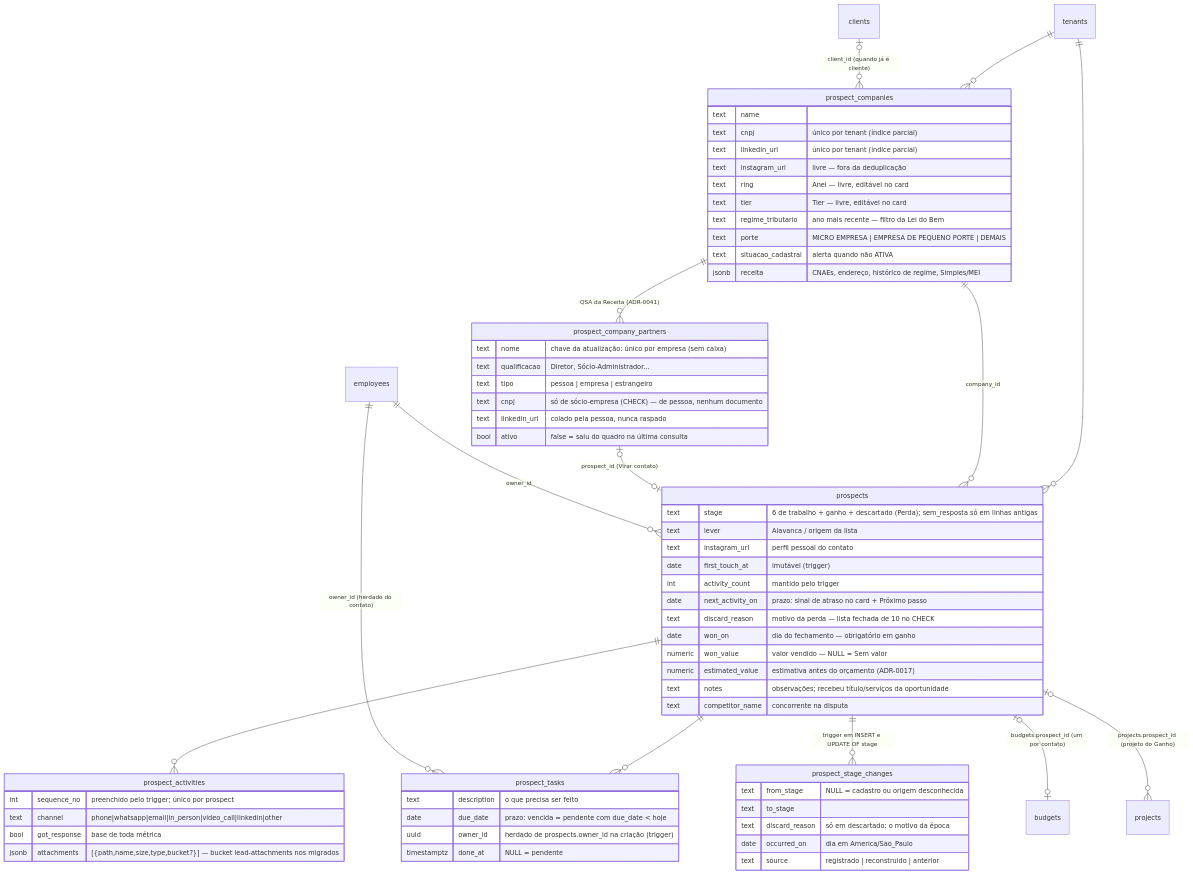
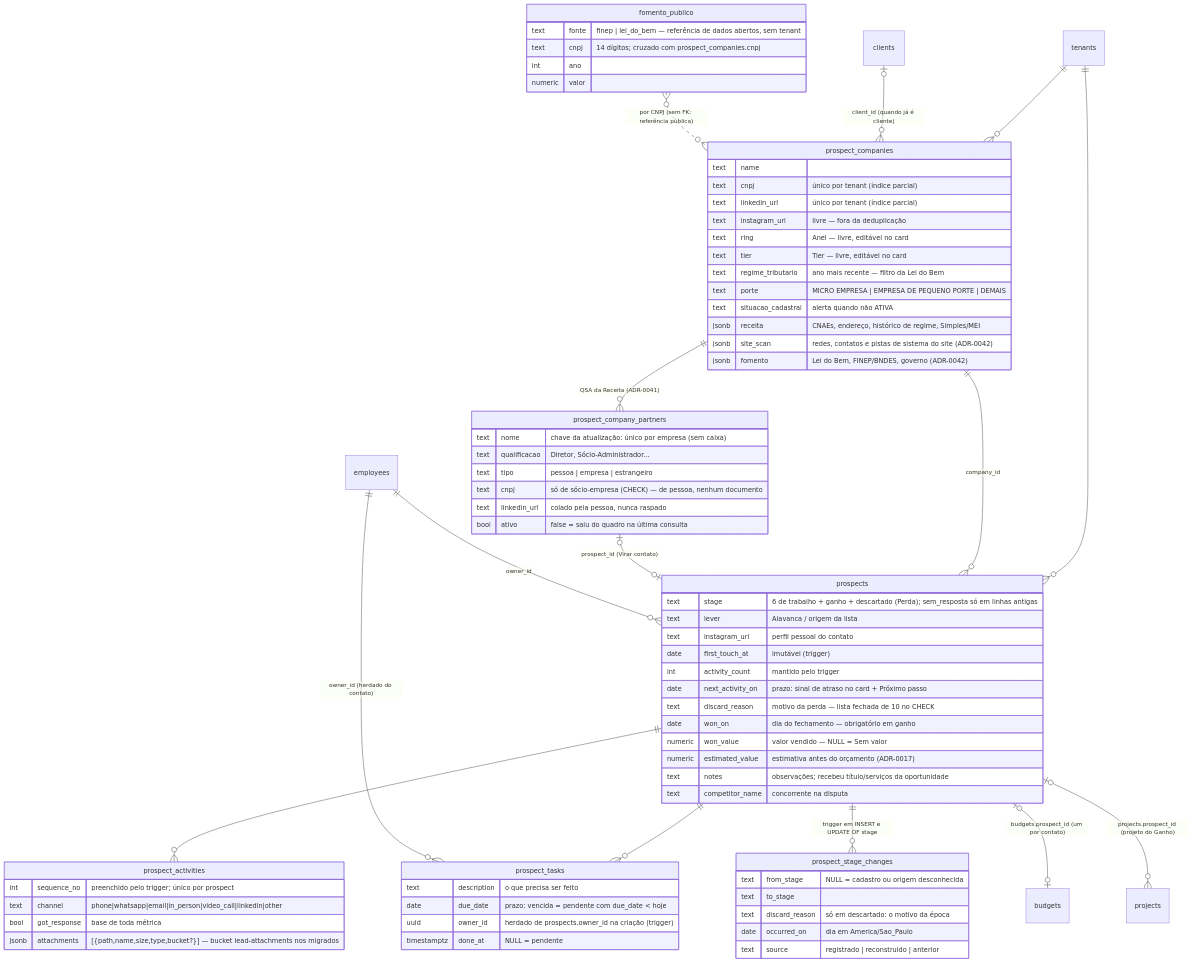
The first of 5 diagrams in .harness/docs/architecture/erd.md (Origami-Lab-Organization/og-pulse), drawn with Mermaid before and after one commit. The commit also changed other lines of this file and 4 other files, not shown here.

````diff
--- a/.harness/docs/architecture/erd.md
+++ b/.harness/docs/architecture/erd.md
@@ -97,70 +101,79 @@
 ```mermaid
 erDiagram
     tenants ||--o{ prospect_companies : ""
     tenants ||--o{ prospects : ""
     clients |o--o{ prospect_companies : "client_id (quando já é cliente)"
     prospect_companies ||--o{ prospects : "company_id"
     prospect_companies ||--o{ prospect_company_partners : "QSA da Receita (ADR-0041)"
     prospect_company_partners |o--o| prospects : "prospect_id (Virar contato)"
+    fomento_publico }o..o{ prospect_companies : "por CNPJ (sem FK: referência pública)"
     prospects ||--o{ prospect_activities : ""
     prospects ||--o{ prospect_tasks : ""
     prospects ||--o{ prospect_stage_changes : "trigger em INSERT e UPDATE OF stage"
     employees ||--o{ prospect_tasks : "owner_id (herdado do contato)"
     employees ||--o{ prospects : "owner_id"
     prospects |o--o| budgets : "budgets.prospect_id (um por contato)"
     prospects |o--o{ projects : "projects.prospect_id (projeto do Ganho)"
 
     prospect_companies {
         text name ""
         text cnpj "único por tenant (índice parcial)"
         text linkedin_url "único por tenant (índice parcial)"
         text instagram_url "livre — fora da deduplicação"
         text ring "Anel — livre, editável no card"
         text tier "Tier — livre, editável no card"
         text regime_tributario "ano mais recente — filtro da Lei do Bem"
         text porte "MICRO EMPRESA | EMPRESA DE PEQUENO PORTE | DEMAIS"
         text situacao_cadastral "alerta quando não ATIVA"
         jsonb receita "CNAEs, endereço, histórico de regime, Simples/MEI"
+        jsonb site_scan "redes, contatos e pistas de sistema do site (ADR-0042)"
+        jsonb fomento "Lei do Bem, FINEP/BNDES, governo (ADR-0042)"
+    }
+    fomento_publico {
+        text fonte "finep | lei_do_bem — referência de dados abertos, sem tenant"
+        text cnpj "14 dígitos; cruzado com prospect_companies.cnpj"
+        int ano ""
+        numeric valor ""
     }
     prospect_company_partners {
         text nome "chave da atualização: único por empresa (sem caixa)"
         text qualificacao "Diretor, Sócio-Administrador..."
         text tipo "pessoa | empresa | estrangeiro"
         text cnpj "só de sócio-empresa (CHECK) — de pessoa, nenhum documento"
         text linkedin_url "colado pela pessoa, nunca raspado"
         bool ativo "false = saiu do quadro na última consulta"
     }
     prospects {
         text stage "6 de trabalho + ganho + descartado (Perda); sem_resposta só em linhas antigas"
         text lever "Alavanca / origem da lista"
         text instagram_url "perfil pessoal do contato"
         date first_touch_at "imutável (trigger)"
         int activity_count "mantido pelo trigger"
         date next_activity_on "prazo: sinal de atraso no card + Próximo passo"
         text discard_reason "motivo da perda — lista fechada de 10 no CHECK"
         date won_on "dia do fechamento — obrigatório em ganho"
         numeric won_value "valor vendido — NULL = Sem valor"
         numeric estimated_value "estimativa antes do orçamento (ADR-0017)"
         text notes "observações; recebeu título/serviços da oportunidade"
         text competitor_name "concorrente na disputa"
     }
     prospect_activities {
         int sequence_no "preenchido pelo trigger; único por prospect"
         text channel "phone|whatsapp|email|in_person|video_call|linkedin|other"
         bool got_response "base de toda métrica"
         jsonb attachments "[{path,name,size,type,bucket?}] — bucket lead-attachments nos migrados"
     }
     prospect_stage_changes {
         text from_stage "NULL = cadastro ou origem desconhecida"
         text to_stage ""
         text discard_reason "só em descartado: o motivo da época"
         date occurred_on "dia em America/Sao_Paulo"
         text source "registrado | reconstruido | anterior"
     }
     prospect_tasks {
         text description "o que precisa ser feito"
         date due_date "prazo: vencida = pendente com due_date < hoje"
         uuid owner_id "herdado de prospects.owner_id na criação (trigger)"
         timestamptz done_at "NULL = pendente"
     }
 ```
````
